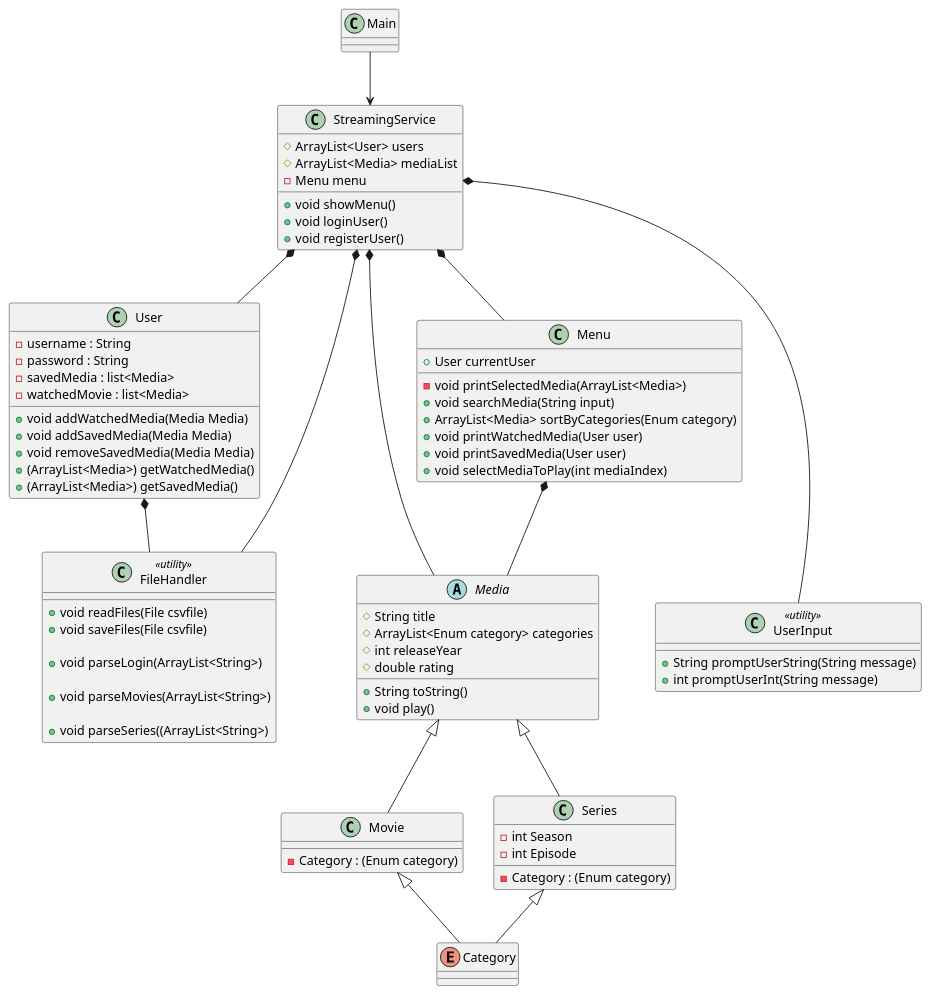
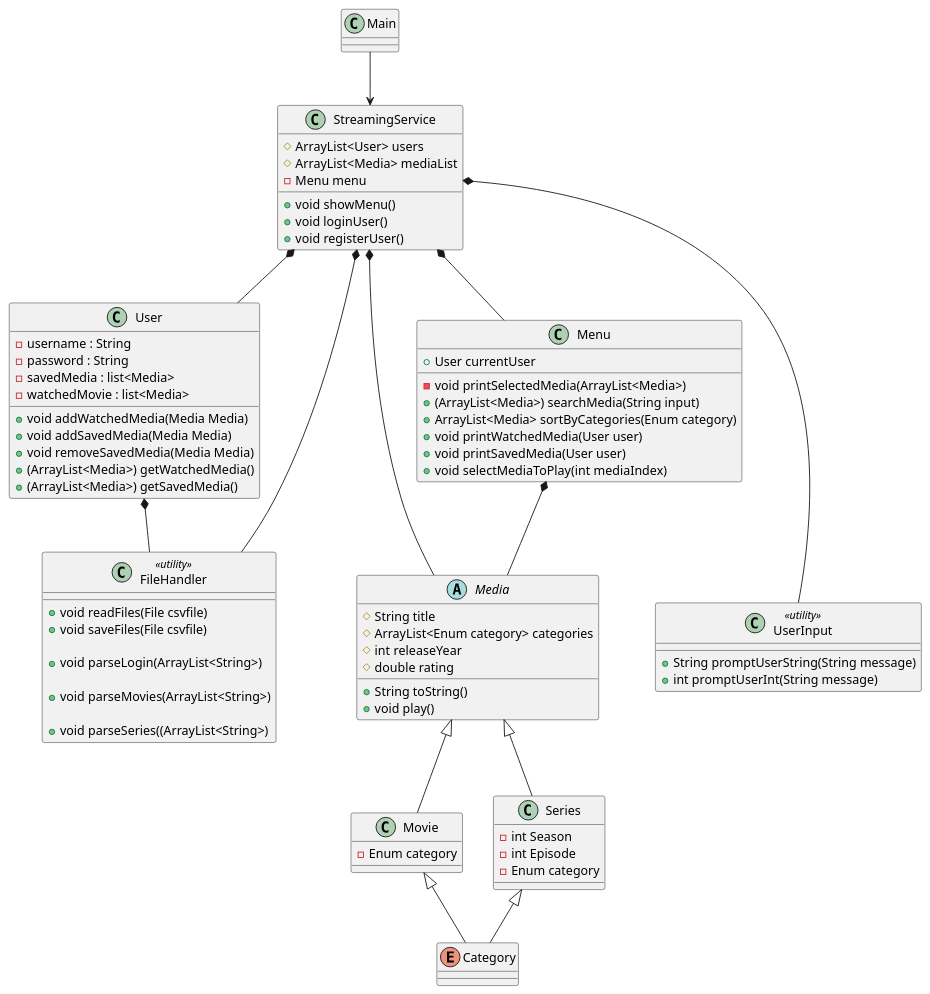
Before and after one commit to Max-Rasmussen/SP3-StreamingService: the diagram in UML DIagram/classDiagram.puml, drawn with PlantUML.

Commit message:
updated classDiagram

```diff
--- a/UML DIagram/classDiagram.puml
+++ b/UML DIagram/classDiagram.puml
@@ -1,121 +1,121 @@
 @startuml
 'https://plantuml.com/sequence-diagram
 
 
 
 
 '==Variabler og methods===
 
 class User{
 - username : String
 - password : String
 - savedMedia : list<Media>
 - watchedMovie : list<Media>
 
 
 + void addWatchedMedia(Media Media)
 + void addSavedMedia(Media Media)
 + void removeSavedMedia(Media Media)
 + (ArrayList<Media>) getWatchedMedia()
 + (ArrayList<Media>) getSavedMedia()
 
 }
 
 abstract class Media{
 # String title
 # ArrayList<Enum category> categories
 # int releaseYear
 # double rating
 
 + String toString()
 + void play()
 
 
 }
 
 class Main
 
 class Movie{
 
--Category : (Enum category)
+-Enum category
 }
 
 class Series{
 -int Season
 -int Episode
--Category : (Enum category)
+-Enum category
 }
 
 
 enum Category
 class StreamingService{
 # ArrayList<User> users
 # ArrayList<Media> mediaList
 - Menu menu
 
 + void showMenu()
 + void loginUser()
 + void registerUser()
 
 
 }
 class FileHandler <<utility>> {
 
 + void readFiles(File csvfile)
 + void saveFiles(File csvfile)
 
 + void parseLogin(ArrayList<String>)
 
 + void parseMovies(ArrayList<String>)
 
 + void parseSeries((ArrayList<String>)
 
 
 }
 
 
 class UserInput <<utility>>{
 
 
 +String promptUserString(String message)
 +int promptUserInt(String message)
 
 }
 class Menu{
 +User currentUser
 
 - void printSelectedMedia(ArrayList<Media>)
-+ void searchMedia(String input)
++ (ArrayList<Media>) searchMedia(String input)
 + ArrayList<Media> sortByCategories(Enum category)
 + void printWatchedMedia(User user)
 + void printSavedMedia(User user)
 + void selectMediaToPlay(int mediaIndex)
 
 }
 
 
 '==ARV===
 
 User *-- FileHandler
 StreamingService *-- FileHandler
 
 Menu *-- Media
 
 Main --> StreamingService
 
 StreamingService *--- UserInput
 StreamingService *-- Media
 StreamingService *-- Menu
 StreamingService *-- User
 
 
 Media <|-- Movie
 Media <|-- Series
 
 
 Movie <|-- Category
 Series <|-- Category
 
 
 
 @enduml
```
